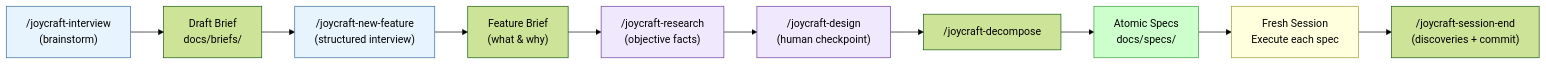
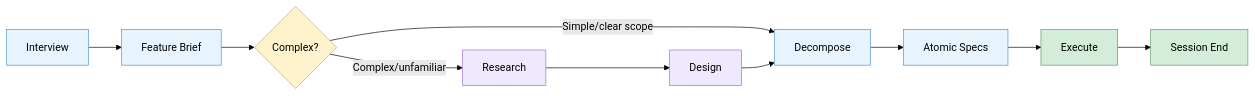
The diagram in README.md (maksutovic/joycraft), drawn with Mermaid (forest theme) before and after one commit. The commit also changed other lines of this file and 35 other files, not shown here.

````diff
--- a/README.md
+++ b/README.md
@@ -138,19 +83,22 @@
 ```mermaid
 flowchart LR
-    A["/joycraft-interview<br/>(brainstorm)"] --> B["Draft Brief<br/>docs/briefs/"]
-    B --> C["/joycraft-new-feature<br/>(structured interview)"]
-    C --> D["Feature Brief<br/>(what & why)"]
-    D --> R["/joycraft-research<br/>(objective facts)"]
-    R --> DS["/joycraft-design<br/>(human checkpoint)"]
-    DS --> E["/joycraft-decompose"]
-    E --> F["Atomic Specs<br/>docs/specs/"]
-    F --> G["Fresh Session<br/>Execute each spec"]
-    G --> H["/joycraft-session-end<br/>(discoveries + commit)"]
+    A[Interview] --> B[Feature Brief]
+    B --> C{Complex?}
+    C -- "Simple/clear scope" --> F[Decompose]
+    C -- "Complex/unfamiliar" --> D[Research]
+    D --> E[Design]
+    E --> F
+    F --> G[Atomic Specs]
+    G --> H[Execute]
+    H --> I[Session End]
 
-    style A fill:#e8f4fd,stroke:#369
-    style C fill:#e8f4fd,stroke:#369
-    style R fill:#f0e8fd,stroke:#639
-    style DS fill:#f0e8fd,stroke:#639
-    style F fill:#cfc,stroke:#393
-    style G fill:#ffd,stroke:#993
+    style A fill:#e8f4fd,stroke:#4a90d9
+    style B fill:#e8f4fd,stroke:#4a90d9
+    style C fill:#fef3cd,stroke:#d4a843
+    style D fill:#f0e8fd,stroke:#9b72cf
+    style E fill:#f0e8fd,stroke:#9b72cf
+    style F fill:#e8f4fd,stroke:#4a90d9
+    style G fill:#e8f4fd,stroke:#4a90d9
+    style H fill:#d4edda,stroke:#5a9a6e
+    style I fill:#d4edda,stroke:#5a9a6e
 ```
````
